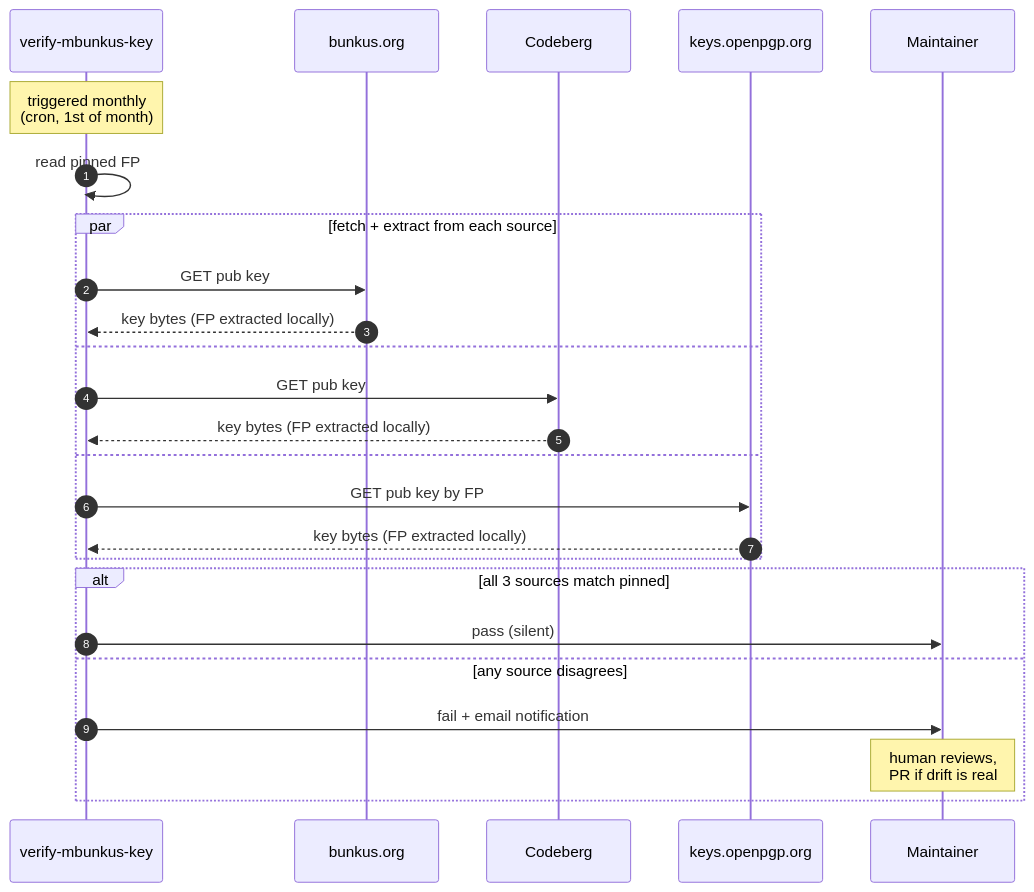
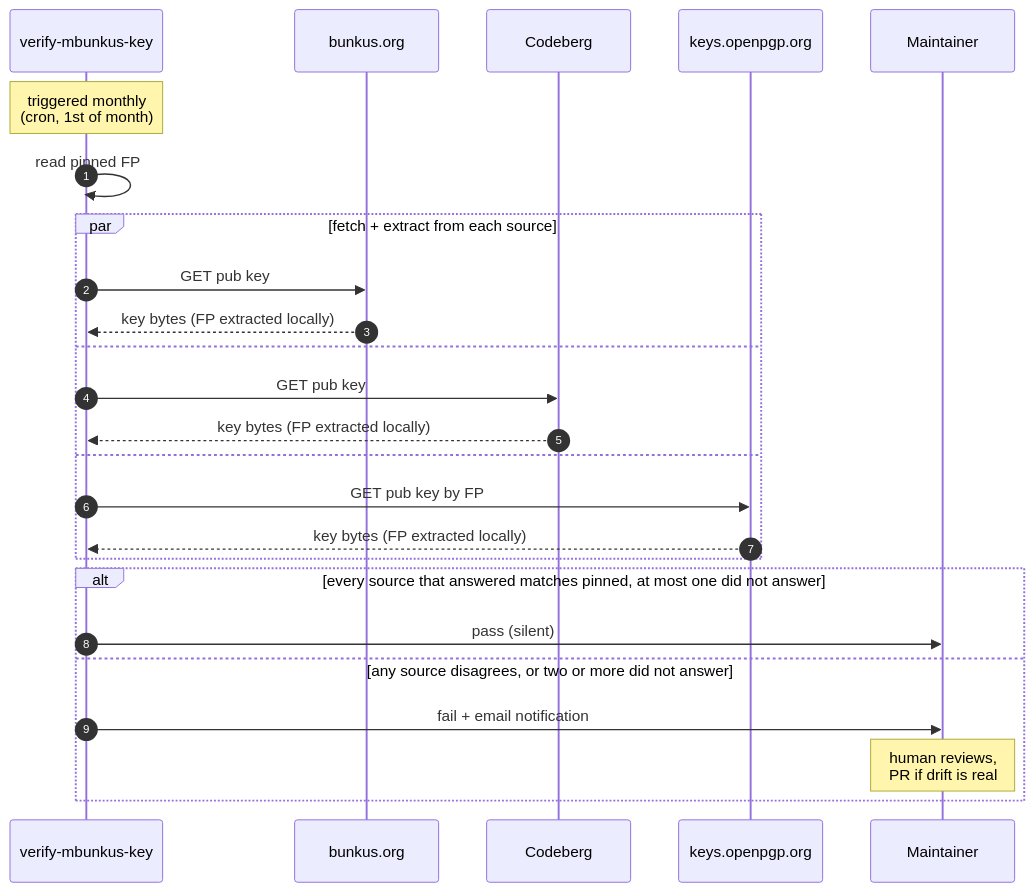
Before and after one commit to CorticalCode/mkvtoolnix-gui-macos: the fourth of 6 diagrams in docs/tarball-verification.md, drawn with Mermaid. The commit also changed other lines of this file and 13 other files, not shown here.

````diff
--- a/docs/tarball-verification.md
+++ b/docs/tarball-verification.md
@@ -143,30 +144,30 @@
 ```mermaid
 sequenceDiagram
     autonumber
     participant A as verify-mbunkus-key
     participant B as bunkus.org
     participant C as Codeberg
     participant K as keys.openpgp.org
     participant M as Maintainer
 
     Note over A: triggered monthly<br/>(cron, 1st of month)
     A->>A: read pinned FP
 
     par fetch + extract from each source
         A->>B: GET pub key
         B-->>A: key bytes (FP extracted locally)
     and
         A->>C: GET pub key
         C-->>A: key bytes (FP extracted locally)
     and
         A->>K: GET pub key by FP
         K-->>A: key bytes (FP extracted locally)
     end
 
-    alt all 3 sources match pinned
+    alt every source that answered matches pinned, at most one did not answer
         A->>M: pass (silent)
-    else any source disagrees
+    else any source disagrees, or two or more did not answer
         A->>M: fail + email notification
         Note over M: human reviews,<br/>PR if drift is real
     end
 ```
````
